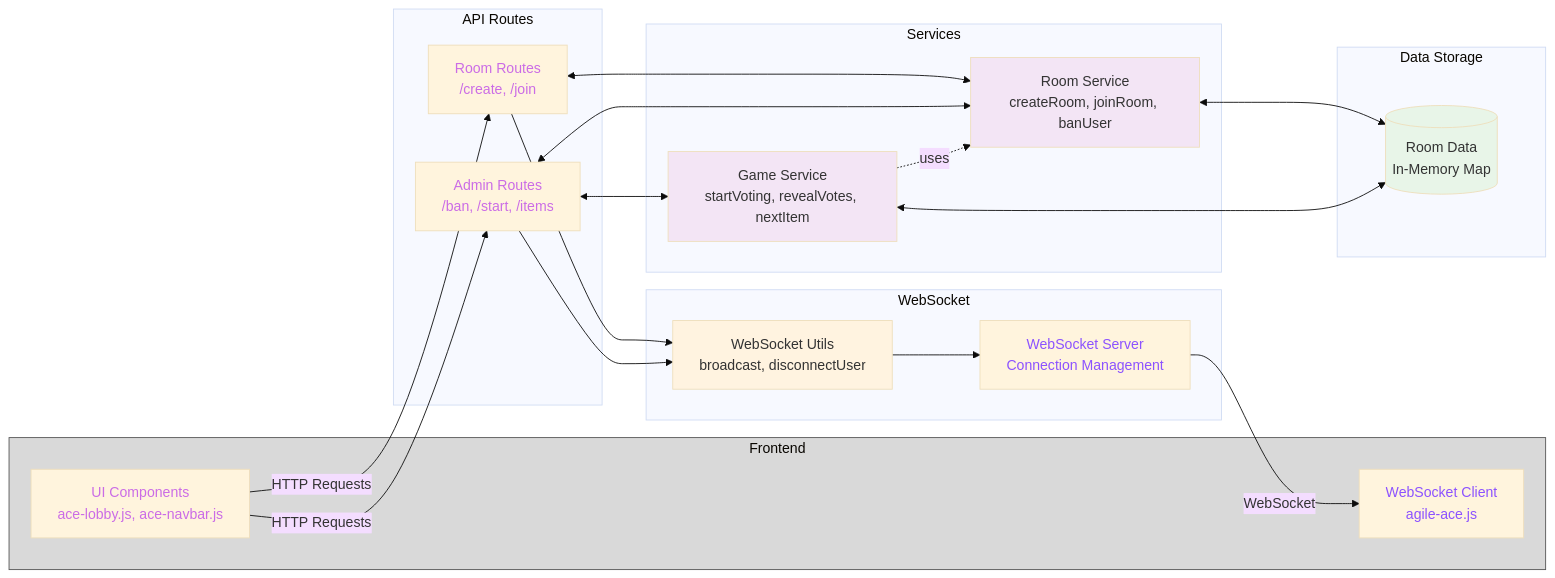
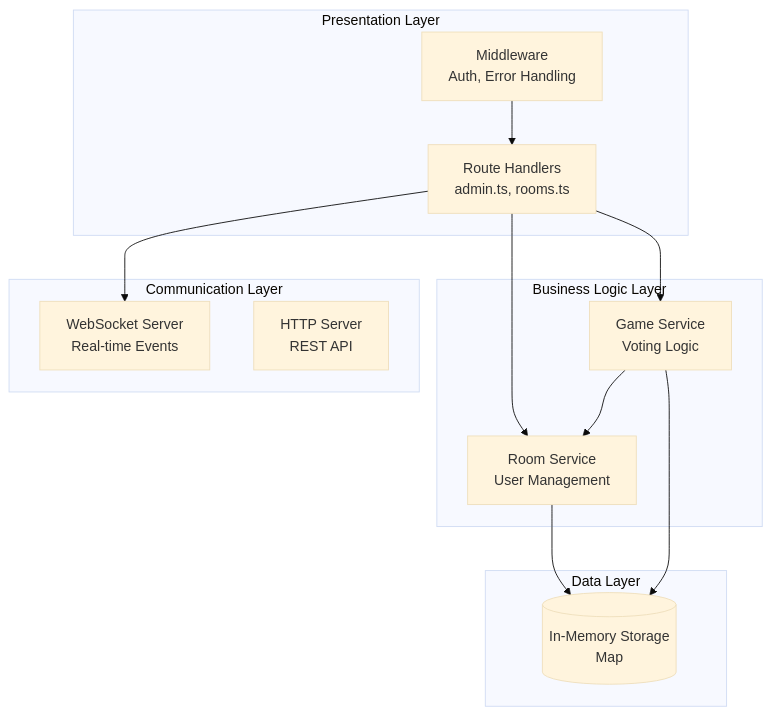
Before and after one commit to okso-hub/scrum-poker: the first of 2 diagrams in documentation-technical.md, drawn with Mermaid (base theme). The commit also changed other lines of this file, not shown here.

Commit message:
refactor: enhance technical documentation with architecture overview and detailed project structure

````diff
--- a/documentation-technical.md
+++ b/documentation-technical.md
@@ -3,54 +65,29 @@
 ```mermaid
-graph LR
-    subgraph "Frontend"
-        UI[UI Components<br/>ace-lobby.js, ace-navbar.js]
-        WS_Client[WebSocket Client<br/>agile-ace.js]
+graph TB
+    subgraph "Presentation Layer"
+        Routes[Route Handlers<br/>admin.ts, rooms.ts]
+        Middleware[Middleware<br/>Auth, Error Handling]
     end
-    subgraph "API Routes"
-        RoomRoutes[Room Routes<br/>/create, /join, /participants]
-        AdminRoutes[Admin Routes<br/>/ban, /start, /items]
+    
+    subgraph "Business Logic Layer"
+        RoomService[Room Service<br/>User Management]
+        GameService[Game Service<br/>Voting Logic]
     end
-    subgraph "Services"
-        RoomService[Room Service<br/>createRoom, joinRoom, banUser]
-        GameService[Game Service<br/>startVoting, revealVotes, nextItem]
+    
+    subgraph "Data Layer"
+        Memory[(In-Memory Storage<br/>Map<roomId, Room>)]
     end
-    subgraph "WebSocket"
-        WSUtils[WebSocket Utils<br/>broadcast, disconnectUser]
-        WSServer[WebSocket Server<br/>Connection Management]
-    end
-    subgraph "Data Storage"
-        RoomData[(Room Data<br/>In-Memory Map)]
+    
+    subgraph "Communication Layer"
+        WebSocket[WebSocket Server<br/>Real-time Events]
+        HTTP[HTTP Server<br/>REST API]
     end
 
-    %% API Communication
-    UI -->|HTTP Requests| RoomRoutes
-    UI -->|HTTP Requests| AdminRoutes
-    %% WebSocket Communication   
-    WSServer -->|WebSocket| WS_Client
-    %% Route to Service Communication
-    RoomRoutes <--> RoomService
-    AdminRoutes <--> RoomService
-    AdminRoutes <--> GameService
-    %% Service to Data
-    RoomService <--> RoomData
-    GameService <--> RoomData
-    RoomRoutes["Room Routes<br>/create, /join"] --> WSUtils
-    AdminRoutes --> WSUtils
-    GameService
-    WSUtils
-    WSUtils --> WSServer
-    %% Service Dependencies
-    GameService -.->|uses| RoomService
-
-    style RoomService fill:#f3e5f5
-    style GameService fill:#f3e5f5
-    style WSUtils fill:#fff3e0
-    style RoomData fill:#e8f5e8
-
-	style WSServer color:#8C52FF
-	style WS_Client color:#8C52FF
-	style Frontend fill:#D9D9D9,stroke:#545454
-	style AdminRoutes color:#CB6CE6
-	style RoomRoutes color:#CB6CE6
-	style UI color:#CB6CE6
+    Routes --> RoomService
+    Routes --> GameService
+    Routes --> WebSocket
+    Middleware --> Routes
+    RoomService --> Memory
+    GameService --> Memory
+    GameService --> RoomService
 ```
````
